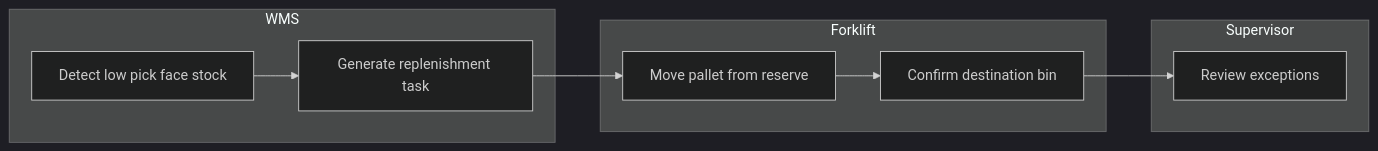
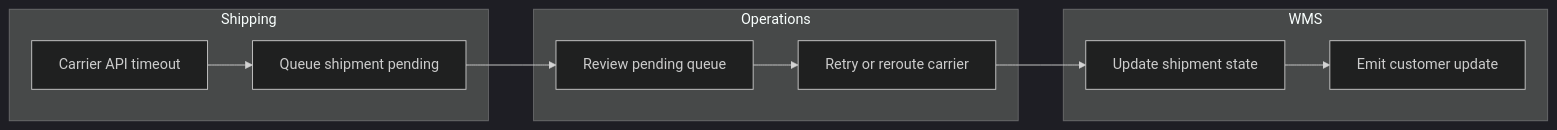
One commit to 0Ankit0/Project-Ideas changed the second of 2 diagrams in Warehouse Management System/analysis/swimlane-diagrams.md. Above: the diagram before and after it, drawn with Mermaid (dark theme). The commit also changed other lines of this file and 38 other files, not shown here.

````diff
--- a/Warehouse Management System/analysis/swimlane-diagrams.md
+++ b/Warehouse Management System/analysis/swimlane-diagrams.md
@@ -33,19 +30,17 @@
 ```mermaid
 flowchart LR
+    subgraph Shipping
+      A1[Carrier API timeout]
+      A2[Queue shipment pending]
+    end
+    subgraph Operations
+      B1[Review pending queue]
+      B2[Retry or reroute carrier]
+    end
     subgraph WMS
-      A[Detect low pick face stock]
-      B[Generate replenishment task]
+      C1[Update shipment state]
+      C2[Emit customer update]
     end
 
-    subgraph Forklift
-      C[Move pallet from reserve]
-      D[Confirm destination bin]
-    end
-
-    subgraph Supervisor
-      E[Review exceptions]
-    end
-
-    A --> B --> C --> D
-    D --> E
+    A1 --> A2 --> B1 --> B2 --> C1 --> C2
 ```
````
